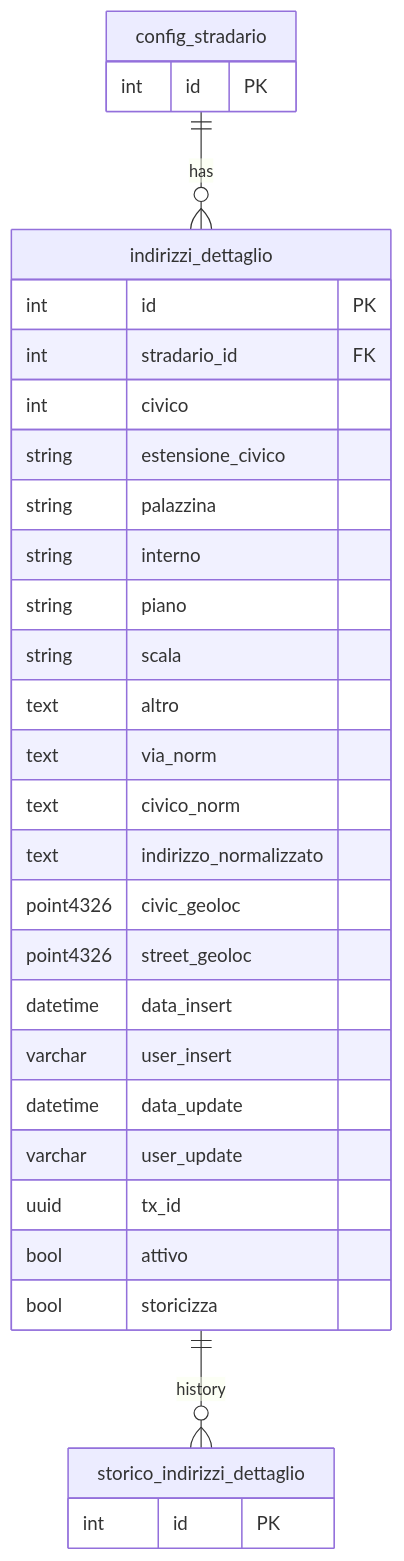
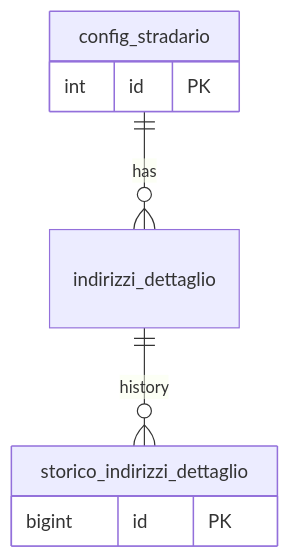
One commit to Tito-it/ZeroErp changed the diagram in docs/it/dbzero/anagrafiche/manual/indirizzi_dettaglio.md. Above: the diagram before and after it, drawn with Mermaid. The commit also changed 33 other files, not shown here.

````diff
--- a/docs/it/dbzero/anagrafiche/manual/indirizzi_dettaglio.md
+++ b/docs/it/dbzero/anagrafiche/manual/indirizzi_dettaglio.md
@@ -78,38 +78,12 @@
 ```mermaid
 %%{init: {'er': {'layoutDirection': 'TB'}}}%%
 erDiagram
     config_stradario     ||--o{ indirizzi_dettaglio : has
     indirizzi_dettaglio  ||--o{ storico_indirizzi_dettaglio : history
     config_stradario {
         int id PK
     }
     storico_indirizzi_dettaglio {
-    int id PK }
-
-    indirizzi_dettaglio {
-        int        id PK
-        int        stradario_id FK
-        int        civico
-        string     estensione_civico
-        string     palazzina
-        string     interno
-        string     piano
-        string     scala
-        text       altro
-        text       via_norm
-        text       civico_norm
-        text       indirizzo_normalizzato
-        point4326  civic_geoloc
-        point4326  street_geoloc
-        datetime   data_insert
-        varchar    user_insert
-        datetime   data_update
-        varchar    user_update
-        uuid       tx_id
-        bool       attivo
-        bool       storicizza
-    }
-
-    
+    bigint id PK }
 
 ```
````
